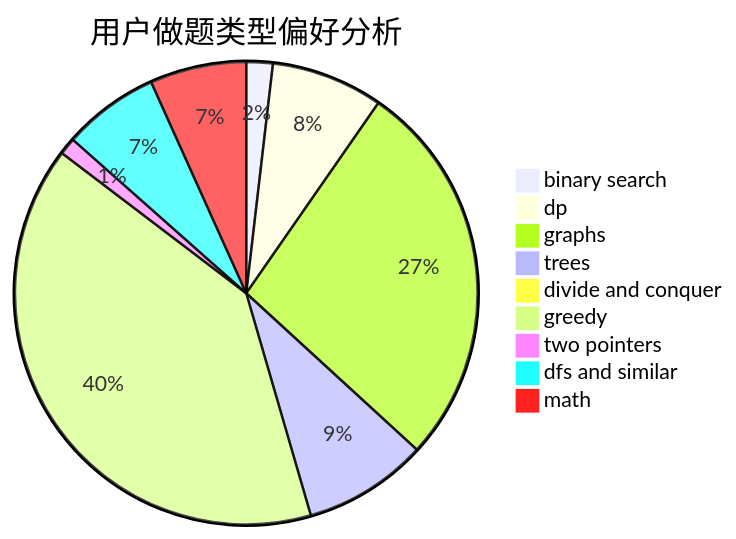
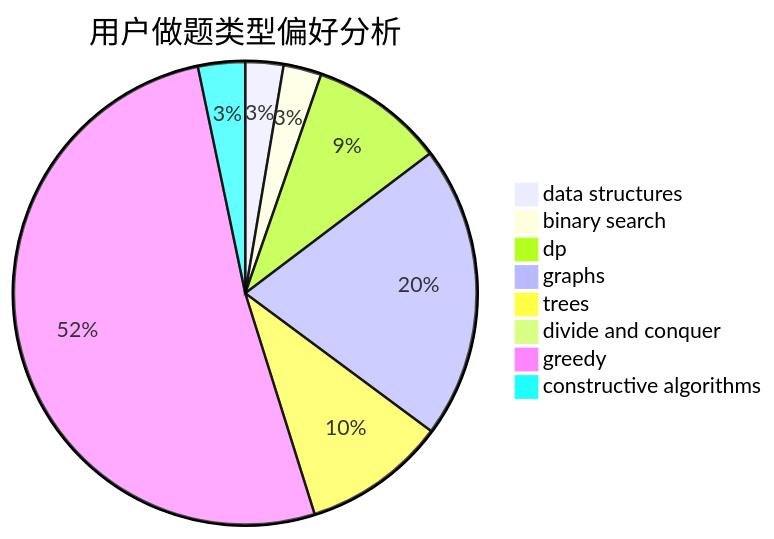
Before and after one commit to sherpahu/cfrs.github.io: the second of 3 diagrams in docs/user/u531.md, drawn with Mermaid. The commit also changed other lines of this file and 2775 other files, not shown here.

````diff
--- a/docs/user/u531.md
+++ b/docs/user/u531.md
@@ -23,12 +23,11 @@
 ```mermaid
 pie title 用户做题类型偏好分析
+    "data structures" :  17
     "binary search" :  17
-    "dp" :  72
-    "graphs" :  250
-    "trees" :  80
+    "dp" :  60
+    "graphs" :  131
+    "trees" :  64
     "divide and conquer" :  0
-    "greedy" :  367
-    "two pointers" :  11
-    "dfs and similar" :  62
-    "math" :  62
+    "greedy" :  330
+    "constructive algorithms" :  21
 ```
````
